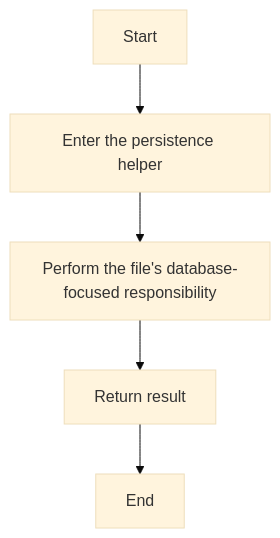
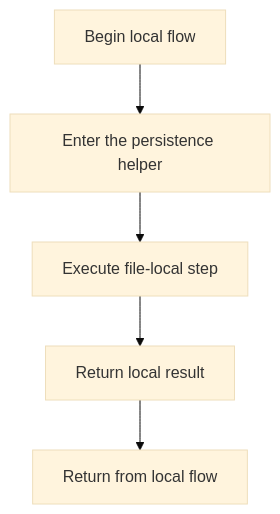
The diagram in docs/Codebase/Backend/src/db/database.js.md (JohnAndrewBalbarosa/NeoTerritory), drawn with Mermaid (base theme) before and after one commit. The commit also changed other lines of this file and 915 other files, not shown here.

````diff
--- a/docs/Codebase/Backend/src/db/database.js.md
+++ b/docs/Codebase/Backend/src/db/database.js.md
@@ -22,12 +21,12 @@
 ```mermaid
 flowchart TD
-    Start["Start"]
+    Start["Begin local flow"]
     N0["Enter the persistence helper"]
-    N1["Perform the file's database-focused responsibility"]
-    N2["Return result"]
-    End["End"]
+    N1["Execute file-local step"]
+    N2["Return local result"]
+    End["Return from local flow"]
     Start --> N0
     N0 --> N1
     N1 --> N2
     N2 --> End
 ```
````
